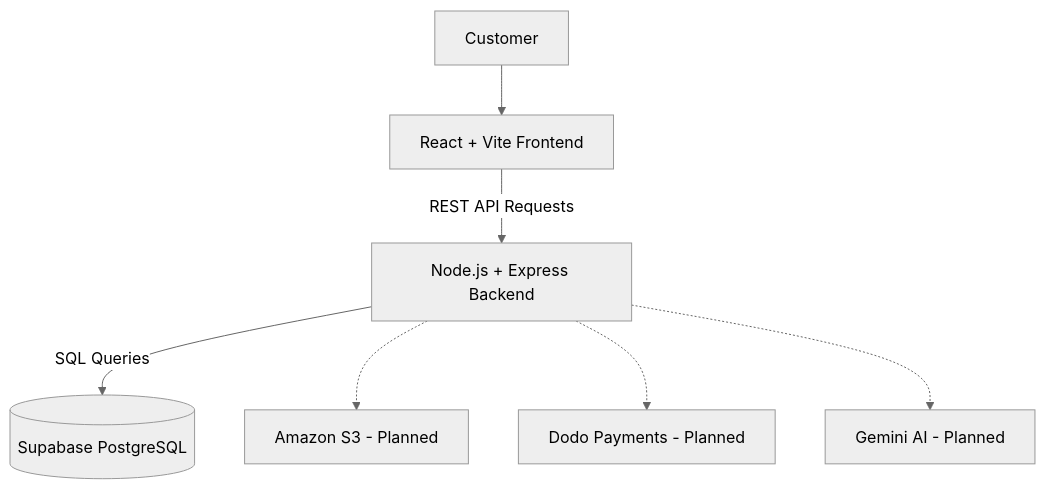
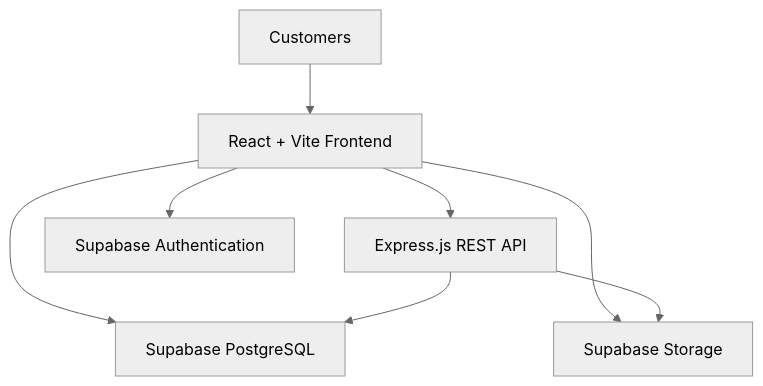
Before and after one commit to ajaynukala/ShopSphere: the diagram in README.md, drawn with Mermaid (neutral theme). The commit also changed other lines of this file, not shown here.

````diff
--- a/README.md
+++ b/README.md
@@ -94,9 +49,10 @@
 ```mermaid
 flowchart TD
-    A[Customer] --> B[React + Vite Frontend]
-    B -->|REST API Requests| C[Node.js + Express Backend]
-    C -->|SQL Queries| D[(Supabase PostgreSQL)]
-    C -.-> E[Amazon S3 - Planned]
-    C -.-> F[Dodo Payments - Planned]
-    C -.-> G[Gemini AI - Planned]
+    A[Customers] --> B[React + Vite Frontend]
+    B --> C[Express.js REST API]
+    B --> D[Supabase Authentication]
+    B --> E[Supabase PostgreSQL]
+    C --> E
+    B --> F[Supabase Storage]
+    C --> F
 ```
````
